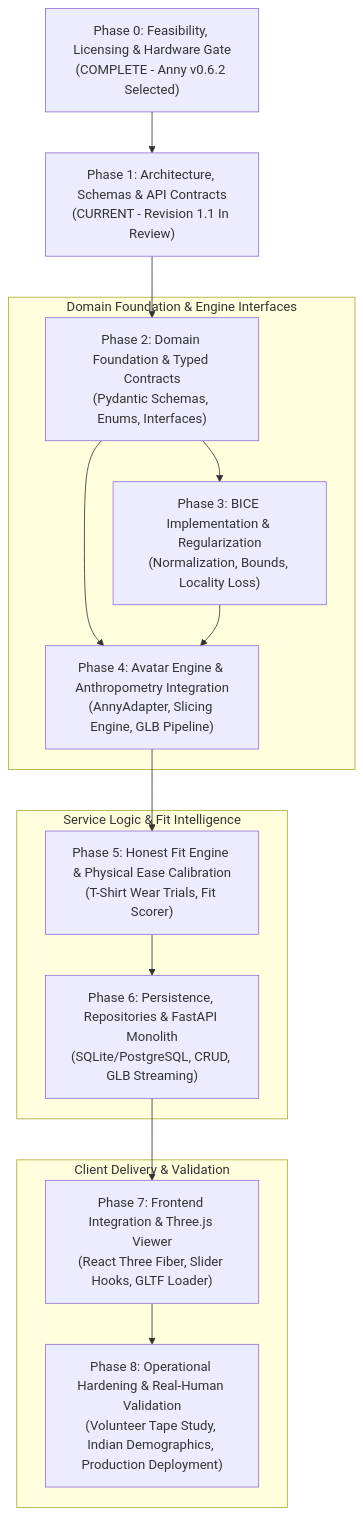
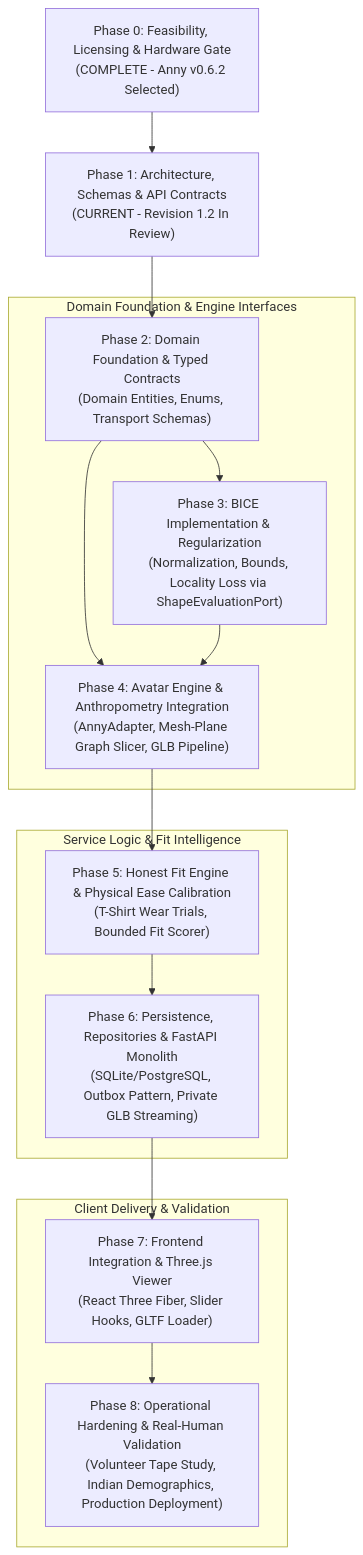
One commit to SnehaSwarnkar/WearWise changed the diagram in WEARWISE-BODY-ENGINE/docs/architecture/IMPLEMENTATION_ROADMAP.md. Above: the diagram before and after it, drawn with Mermaid. The commit also changed other lines of this file, not shown here.

Commit message:
docs(roadmap): update IMPLEMENTATION_ROADMAP.md with package boundaries and measurable gates (Rev 1.2)

````diff
--- a/WEARWISE-BODY-ENGINE/docs/architecture/IMPLEMENTATION_ROADMAP.md
+++ b/WEARWISE-BODY-ENGINE/docs/architecture/IMPLEMENTATION_ROADMAP.md
@@ -13,24 +13,24 @@
 ```mermaid
 flowchart TD
     P0["Phase 0: Feasibility, Licensing & Hardware Gate<br>(COMPLETE - Anny v0.6.2 Selected)"] --> P1
-    P1["Phase 1: Architecture, Schemas & API Contracts<br>(CURRENT - Revision 1.1 In Review)"] --> P2
+    P1["Phase 1: Architecture, Schemas & API Contracts<br>(CURRENT - Revision 1.2 In Review)"] --> P2
     
     subgraph FoundationTier["Domain Foundation & Engine Interfaces"]
-        P2["Phase 2: Domain Foundation & Typed Contracts<br>(Pydantic Schemas, Enums, Interfaces)"] --> P3
+        P2["Phase 2: Domain Foundation & Typed Contracts<br>(Domain Entities, Enums, Transport Schemas)"] --> P3
         P2 --> P4
-        P3["Phase 3: BICE Implementation & Regularization<br>(Normalization, Bounds, Locality Loss)"] --> P4
-        P4["Phase 4: Avatar Engine & Anthropometry Integration<br>(AnnyAdapter, Slicing Engine, GLB Pipeline)"]
+        P3["Phase 3: BICE Implementation & Regularization<br>(Normalization, Bounds, Locality Loss via ShapeEvaluationPort)"] --> P4
+        P4["Phase 4: Avatar Engine & Anthropometry Integration<br>(AnnyAdapter, Mesh-Plane Graph Slicer, GLB Pipeline)"]
     end
 
     subgraph ServiceTier["Service Logic & Fit Intelligence"]
         P4 --> P5
-        P5["Phase 5: Honest Fit Engine & Physical Ease Calibration<br>(T-Shirt Wear Trials, Fit Scorer)"] --> P6
-        P6["Phase 6: Persistence, Repositories & FastAPI Monolith<br>(SQLite/PostgreSQL, CRUD, GLB Streaming)"]
+        P5["Phase 5: Honest Fit Engine & Physical Ease Calibration<br>(T-Shirt Wear Trials, Bounded Fit Scorer)"] --> P6
+        P6["Phase 6: Persistence, Repositories & FastAPI Monolith<br>(SQLite/PostgreSQL, Outbox Pattern, Private GLB Streaming)"]
     end
 
     subgraph PresentationTier["Client Delivery & Validation"]
         P6 --> P7
         P7["Phase 7: Frontend Integration & Three.js Viewer<br>(React Three Fiber, Slider Hooks, GLTF Loader)"] --> P8
         P8["Phase 8: Operational Hardening & Real-Human Validation<br>(Volunteer Tape Study, Indian Demographics, Production Deployment)"]
     end
 ```
````
